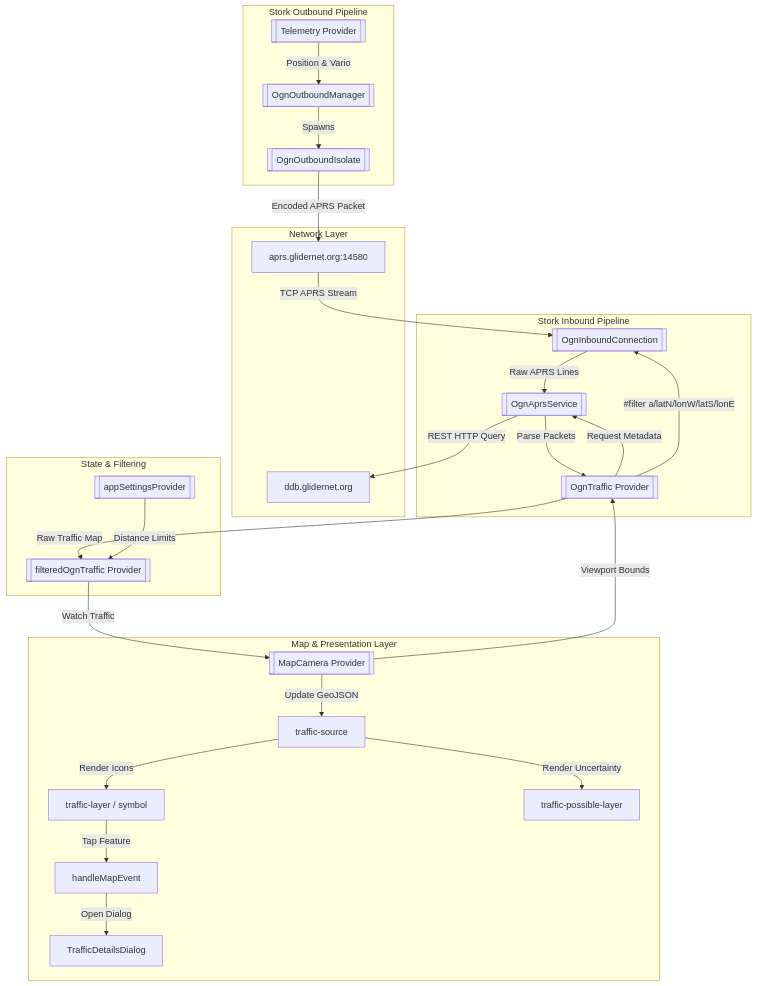
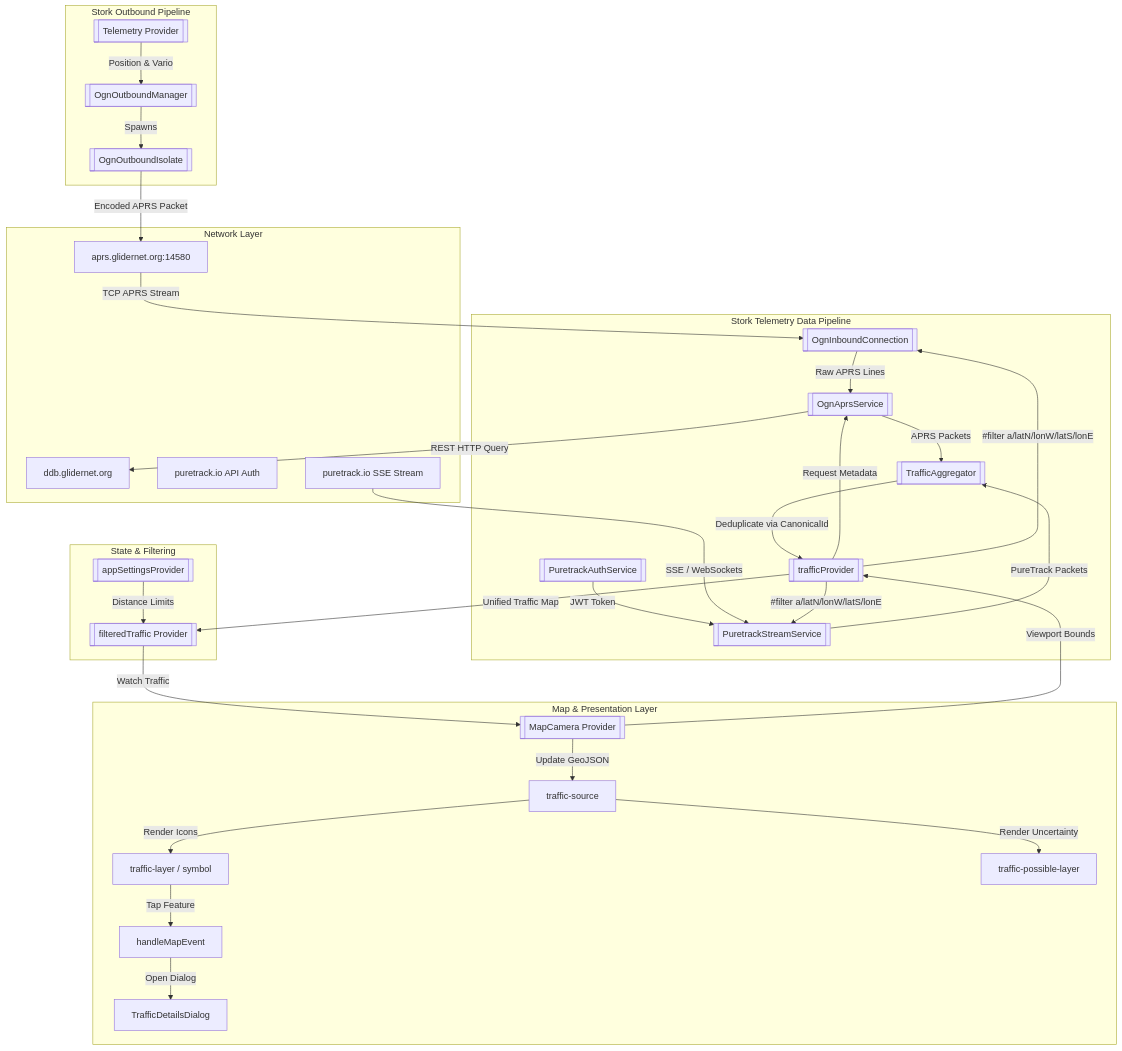
One commit to jobes/stork changed the first of 2 diagrams in documentation/features/traffic.md. Above: the diagram before and after it, drawn with Mermaid. The commit also changed other lines of this file and 4 other files, not shown here.

Commit message:
feat: integrate PureTrack telemetry service with multi-source traffic aggregation and configurable filtering settings

````diff
--- a/documentation/features/traffic.md
+++ b/documentation/features/traffic.md
@@ -11,39 +11,48 @@
 ```mermaid
 graph TD
     subgraph Network Layer
         OGNServer[aprs.glidernet.org:14580]
         DDBServer[ddb.glidernet.org]
+        PureTrackAuth[puretrack.io API Auth]
+        PureTrackStream[puretrack.io SSE Stream]
     end
 
-    subgraph Stork Inbound Pipeline
-        InboundConn[[OgnInboundConnection]] -->|Raw APRS Lines| Service[[OgnAprsService]]
-        Service -->|Parse Packets| TrafficNotifier[[OgnTraffic Provider]]
-        TrafficNotifier -->|Request Metadata| Service
-        Service -->|REST HTTP Query| DDBServer
+    subgraph Stork Telemetry Data Pipeline
+        InboundConn[[OgnInboundConnection]] -->|Raw APRS Lines| OgnService[[OgnAprsService]]
+        OgnService -->|APRS Packets| Aggregator[[TrafficAggregator]]
+        
+        PureTrackAuthService[[PuretrackAuthService]] -->|JWT Token| PureTrackStreamService[[PuretrackStreamService]]
+        PureTrackStreamService -->|PureTrack Packets| Aggregator
+
+        Aggregator -->|Deduplicate via CanonicalId| TrafficNotifier[[trafficProvider]]
+        TrafficNotifier -->|Request Metadata| OgnService
+        OgnService -->|REST HTTP Query| DDBServer
     end
 
     subgraph Stork Outbound Pipeline
         Telemetry[[Telemetry Provider]] -->|Position & Vario| OutboundMgr[[OgnOutboundManager]]
         OutboundMgr -->|Spawns| OutboundIsolate[[OgnOutboundIsolate]]
         OutboundIsolate -->|Encoded APRS Packet| OGNServer
     end
 
     subgraph State & Filtering
-        TrafficNotifier -->|Raw Traffic Map| FilteredProvider[[filteredOgnTraffic Provider]]
+        TrafficNotifier -->|Unified Traffic Map| FilteredProvider[[filteredTraffic Provider]]
         Settings[[appSettingsProvider]] -->|Distance Limits| FilteredProvider
     end
 
     subgraph Map & Presentation Layer
         FilteredProvider -->|Watch Traffic| MapCamera[[MapCamera Provider]]
         MapCamera -->|Update GeoJSON| MapSource[traffic-source]
         MapSource -->|Render Icons| MapLayer[traffic-layer / symbol]
         MapSource -->|Render Uncertainty| PossibleLayer[traffic-possible-layer]
         
         MapLayer -->|Tap Feature| ClickHandler[handleMapEvent]
         ClickHandler -->|Open Dialog| Dialog[TrafficDetailsDialog]
     end
 
     OGNServer -->|TCP APRS Stream| InboundConn
+    PureTrackStream -->|SSE / WebSockets| PureTrackStreamService
     MapCamera -->|Viewport Bounds| TrafficNotifier
     TrafficNotifier -->|#filter a/latN/lonW/latS/lonE| InboundConn
+    TrafficNotifier -->|#filter a/latN/lonW/latS/lonE| PureTrackStreamService
 ```
````
